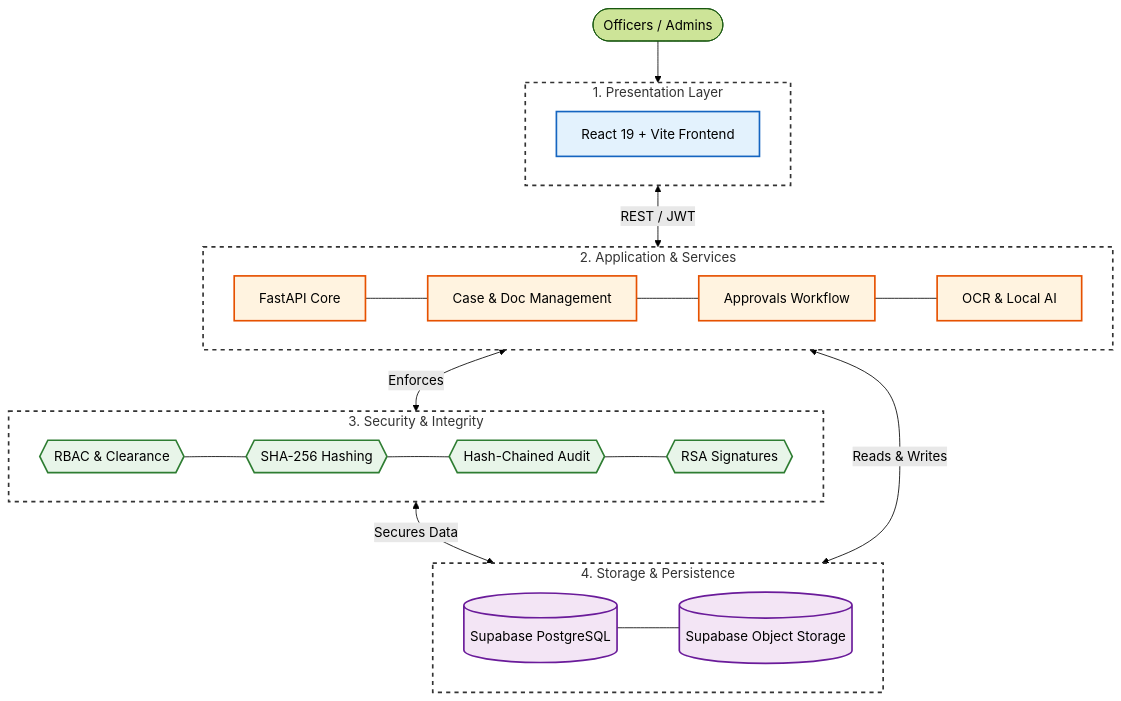
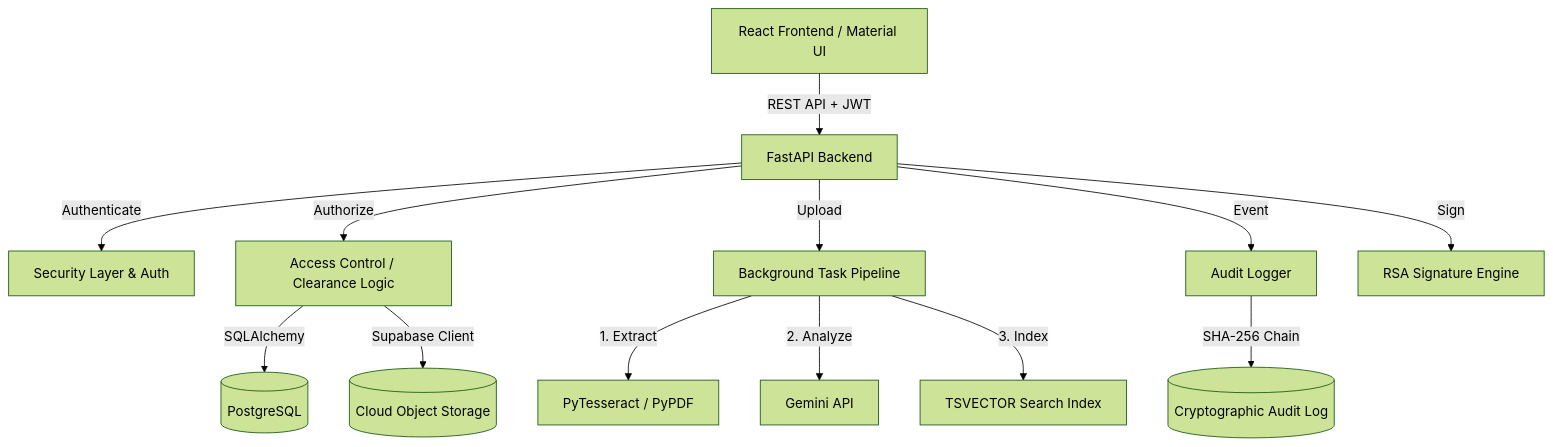
Before and after one commit to Prabhanshu2025B0384/SDMS: the diagram in README.md, drawn with Mermaid (forest theme). The commit also changed other lines of this file and 105 other files, not shown here.

````diff
--- a/README.md
+++ b/README.md
@@ -663,52 +539,22 @@
 ```mermaid
-flowchart TD
-    Users([Officers / Admins]) --> Presentation
-
-    subgraph Presentation [1. Presentation Layer]
-        UI[React 19 + Vite Frontend]
-    end
-
-    Presentation <-->|REST / JWT| Application
-
-    subgraph Application [2. Application & Services]
-        direction LR
-        FastAPI[FastAPI Core]
-        Docs[Case & Doc Management]
-        Workflow[Approvals Workflow]
-        AI[OCR & Local AI]
-        FastAPI --- Docs --- Workflow --- AI
-    end
-
-    Application <-->|Enforces| Security
-
-    subgraph Security [3. Security & Integrity]
-        direction LR
-        RBAC{{RBAC & Clearance}}
-        Hash{{SHA-256 Hashing}}
-        Audit{{Hash-Chained Audit}}
-        Sign{{RSA Signatures}}
-        RBAC --- Hash --- Audit --- Sign
-    end
-
-    Security <-->|Secures Data| Persistence
-    Application <-->|Reads & Writes| Persistence
-
-    subgraph Persistence [4. Storage & Persistence]
-        direction LR
-        DB[(Supabase PostgreSQL)]
-        Store[(Supabase Object Storage)]
-        DB --- Store
-    end
-
-    classDef layer fill:#ffffff,stroke:#333,stroke-width:2px,stroke-dasharray: 5 5;
-    classDef ui fill:#e3f2fd,stroke:#1565c0,stroke-width:2px;
-    classDef app fill:#fff3e0,stroke:#e65100,stroke-width:2px;
-    classDef sec fill:#e8f5e9,stroke:#2e7d32,stroke-width:2px;
-    classDef data fill:#f3e5f5,stroke:#6a1b9a,stroke-width:2px;
-
-    class Presentation,Application,Security,Persistence layer;
-    class UI ui;
-    class FastAPI,Docs,Workflow,AI app;
-    class RBAC,Hash,Audit,Sign sec;
-    class DB,Store data;
+graph TD
+    UI[React Frontend / Material UI] -->|REST API + JWT| API[FastAPI Backend]
+    
+    API -->|Authenticate| Auth[Security Layer & Auth]
+    API -->|Authorize| RBAC[Access Control / Clearance Logic]
+    
+    RBAC -->|SQLAlchemy| DB[(PostgreSQL)]
+    RBAC -->|Supabase Client| Storage[(Cloud Object Storage)]
+    
+    %% Processing Pipeline
+    API -->|Upload| Pipeline[Background Task Pipeline]
+    Pipeline -->|1. Extract| OCR[PyTesseract / PyPDF]
+    Pipeline -->|2. Analyze| AI[Gemini API]
+    Pipeline -->|3. Index| TSV[TSVECTOR Search Index]
+    
+    %% Security & Auditing
+    API -->|Event| Audit[Audit Logger]
+    Audit -->|SHA-256 Chain| Ledger[(Cryptographic Audit Log)]
+    
+    API -->|Sign| Crypto[RSA Signature Engine]
 ```
````
